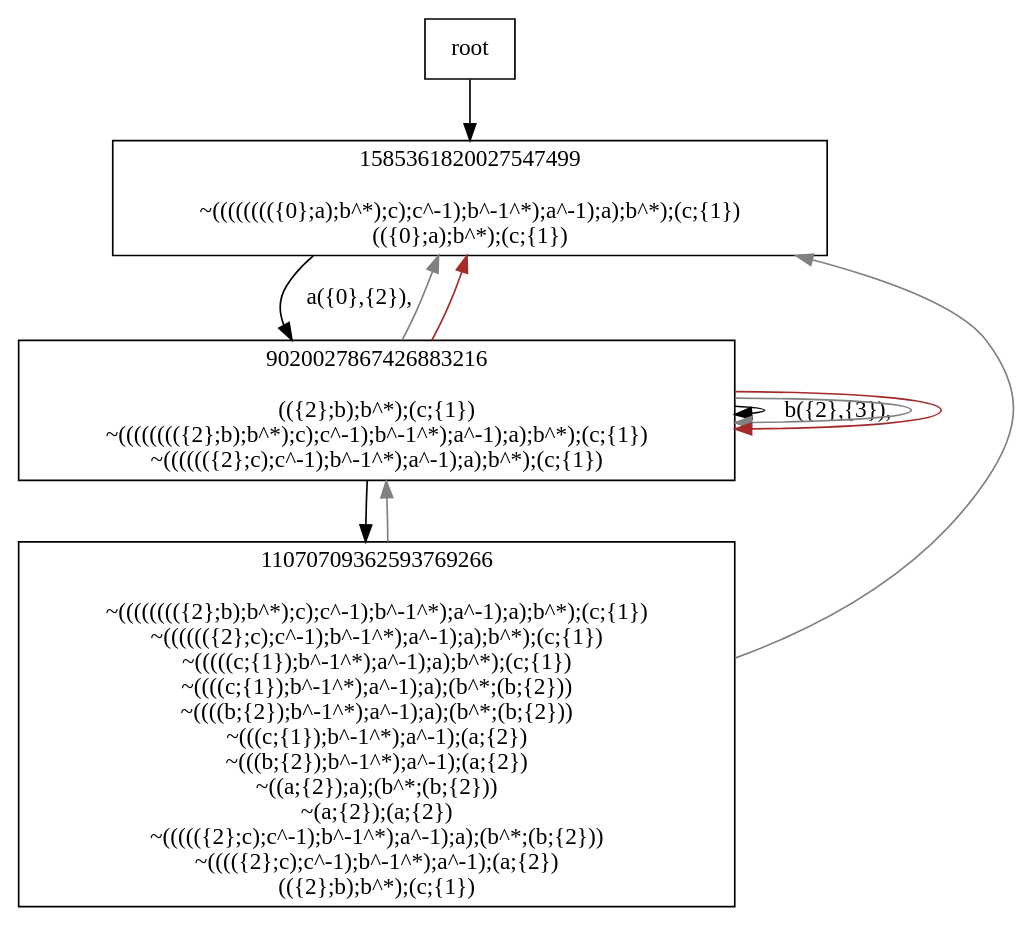
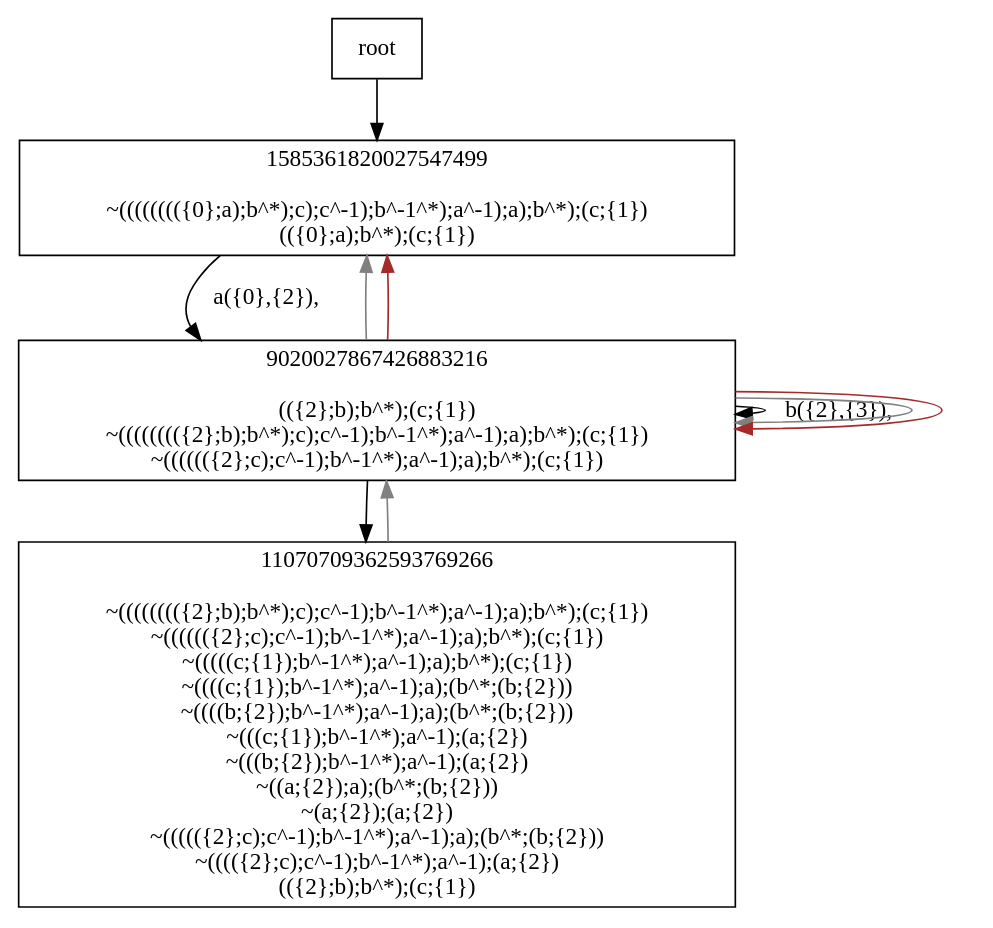
One commit to jangreen/rat changed the diagram in output/regular.dot. Above: the diagram before and after it, drawn with Graphviz. The commit also changed 3 other files, not shown here.

```diff
--- a/output/regular.dot
+++ b/output/regular.dot
@@ -1,42 +1,41 @@
 digraph {
 node[shape="box"]
-N0x13ae2c1b0[label="1585361820027547499
+N0x129711380[label="1585361820027547499
 
 ~(((((((({0};a);b^*);c);c^-1);b^-1^*);a^-1);a);b^*);(c;{1})
 (({0};a);b^*);(c;{1})
 "];
-N0x13ae2c1b0 -> N0x13ae43ba0[label="a({0},{2}), 
+N0x129711380 -> N0x12a805270[label="a({0},{2}), 
 "];
-N0x13ae43ba0[label="9020027867426883216
+N0x12a805270[label="9020027867426883216
 
 (({2};b);b^*);(c;{1})
 ~(((((((({2};b);b^*);c);c^-1);b^-1^*);a^-1);a);b^*);(c;{1})
 ~(((((({2};c);c^-1);b^-1^*);a^-1);a);b^*);(c;{1})
 "];
-N0x13ae43ba0 -> N0x13ae43ba0[label="b({2},{3}), 
+N0x12a805270 -> N0x12a805270[label="b({2},{3}), 
 "];
-N0x13ae43ba0 -> N0x13c20b660[label="
+N0x12a805270 -> N0x12a922660[label="
 "];
-N0x13ae43ba0 -> N0x13ae2c1b0[color="grey"];
-N0x13ae43ba0 -> N0x13ae43ba0[color="grey"];
-N0x13ae43ba0 -> N0x13ae2c1b0[color="brown"];
-N0x13ae43ba0 -> N0x13ae43ba0[color="brown"];
-N0x13c20b660[label="11070709362593769266
+N0x12a805270 -> N0x129711380[color="grey"];
+N0x12a805270 -> N0x12a805270[color="grey"];
+N0x12a805270 -> N0x129711380[color="brown"];
+N0x12a805270 -> N0x12a805270[color="brown"];
+N0x12a922660[label="11070709362593769266
 
 ~(((((((({2};b);b^*);c);c^-1);b^-1^*);a^-1);a);b^*);(c;{1})
 ~(((((({2};c);c^-1);b^-1^*);a^-1);a);b^*);(c;{1})
 ~(((((c;{1});b^-1^*);a^-1);a);b^*);(c;{1})
 ~((((c;{1});b^-1^*);a^-1);a);(b^*;(b;{2}))
 ~((((b;{2});b^-1^*);a^-1);a);(b^*;(b;{2}))
 ~(((c;{1});b^-1^*);a^-1);(a;{2})
 ~(((b;{2});b^-1^*);a^-1);(a;{2})
 ~((a;{2});a);(b^*;(b;{2}))
 ~(a;{2});(a;{2})
 ~((((({2};c);c^-1);b^-1^*);a^-1);a);(b^*;(b;{2}))
 ~(((({2};c);c^-1);b^-1^*);a^-1);(a;{2})
 (({2};b);b^*);(c;{1})
 "];
-N0x13c20b660 -> N0x13ae2c1b0[color="grey"];
-N0x13c20b660 -> N0x13ae43ba0[color="grey"];
-root -> N0x13ae2c1b0;
+N0x12a922660 -> N0x12a805270[color="grey"];
+root -> N0x129711380;
 }
```
